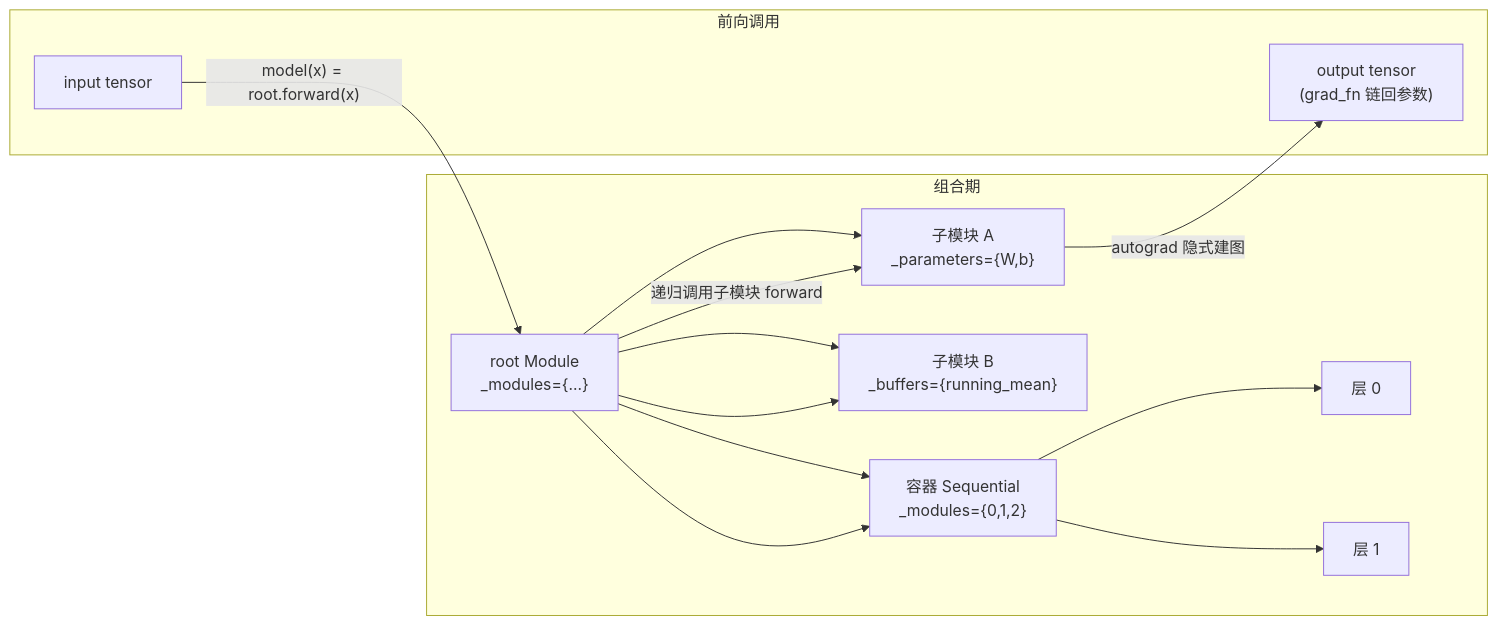
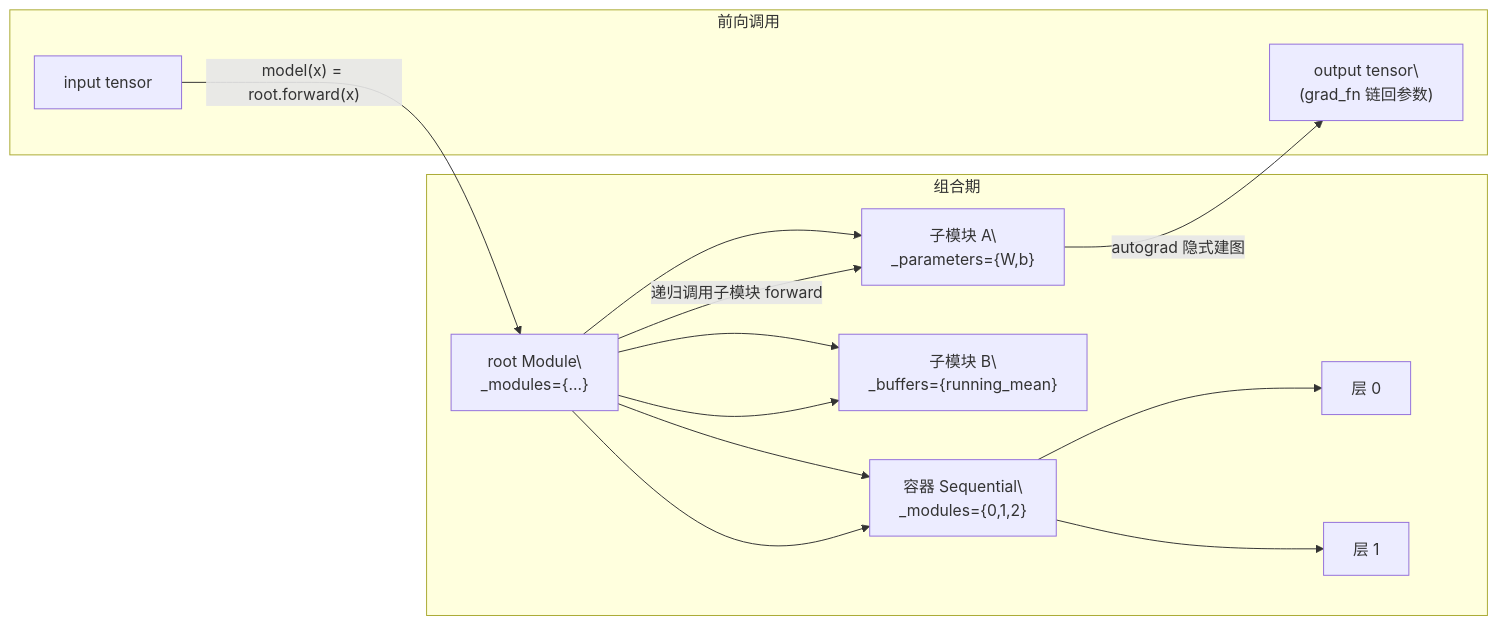
Before and after one commit to stevexiaofei/second-brain: the second of 2 diagrams in docs/knowledge/pytorch/pytorch-nn.md, drawn with Mermaid. The commit also changed 14 other files, not shown here.

First line of the commit message:
docs: bump mermaid font sizes and replace <br/> with real newlines

````diff
--- a/docs/knowledge/pytorch/pytorch-nn.md
+++ b/docs/knowledge/pytorch/pytorch-nn.md
@@ -99,17 +99,22 @@
 ```mermaid
 flowchart LR
     subgraph 组合期
-        R["root Module<br/>_modules={...}"] --> A["子模块 A<br/>_parameters={W,b}"]
-        R --> B["子模块 B<br/>_buffers={running_mean}"]
-        R --> C["容器 Sequential<br/>_modules={0,1,2}"]
+        R["root Module\
+_modules={...}"] --> A["子模块 A\
+_parameters={W,b}"]
+        R --> B["子模块 B\
+_buffers={running_mean}"]
+        R --> C["容器 Sequential\
+_modules={0,1,2}"]
         C --> C0["层 0"]
         C --> C1["层 1"]
     end
     subgraph 前向调用
         X["input tensor"] -->|"model(x) = root.forward(x)"| R
         R -->|"递归调用子模块 forward"| A
         R --> B
         R --> C
-        A -->|"autograd 隐式建图"| OUT["output tensor<br/>(grad_fn 链回参数)"]
+        A -->|"autograd 隐式建图"| OUT["output tensor\
+(grad_fn 链回参数)"]
     end
 ```
````
